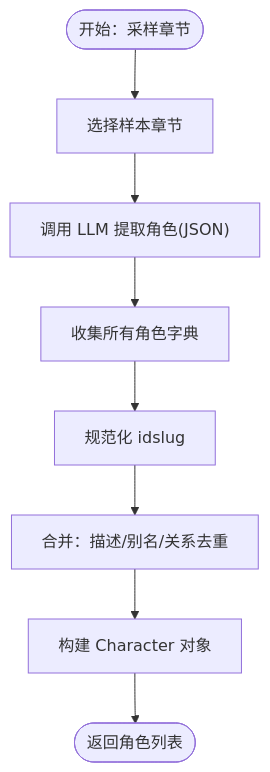
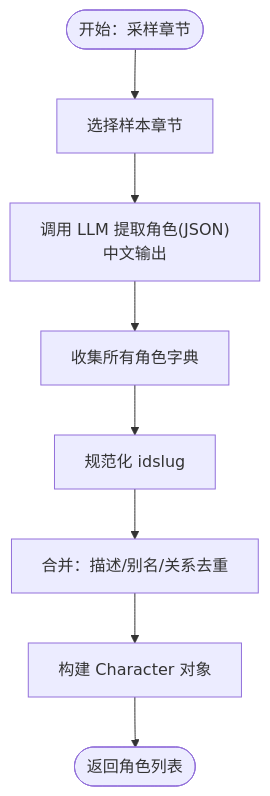
One commit to tjujingzong/Novel-to-Screenplay changed the fifth of 8 diagrams in .qoder/repowiki/zh/content/LLM集成/提示工程设计.md. Above: the diagram before and after it, drawn with Mermaid. The commit also changed other lines of this file and 21 other files, not shown here.

````diff
--- a/.qoder/repowiki/zh/content/LLM集成/提示工程设计.md
+++ b/.qoder/repowiki/zh/content/LLM集成/提示工程设计.md
@@ -245,10 +252,10 @@
 ```mermaid
 flowchart TD
 Start(["开始：采样章节"]) --> Sample["选择样本章节"]
-Sample --> CallLLM["调用 LLM 提取角色(JSON)"]
+Sample --> CallLLM["调用 LLM 提取角色(JSON)<br/>中文输出"]
 CallLLM --> Collect["收集所有角色字典"]
 Collect --> Normalize["规范化 idslug"]
 Normalize --> Merge["合并：描述/别名/关系去重"]
 Merge --> Validate["构建 Character 对象"]
 Validate --> End(["返回角色列表"])
 ```
````
